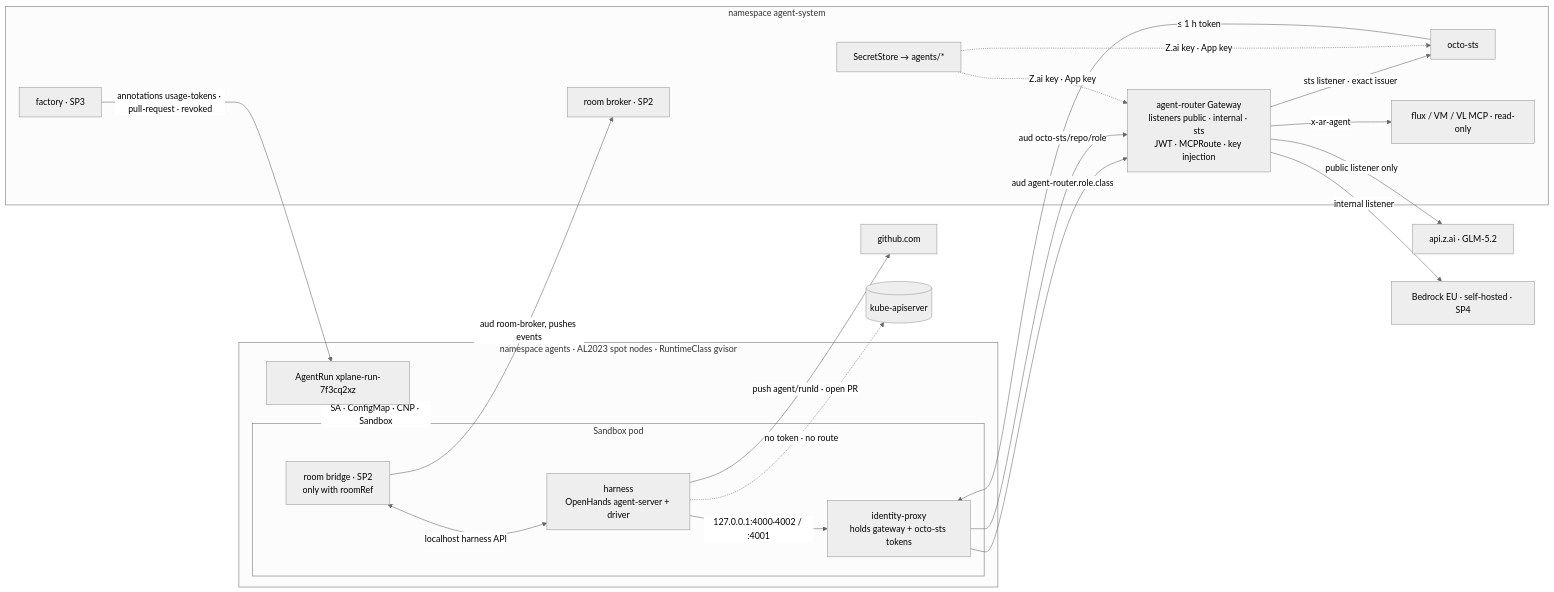
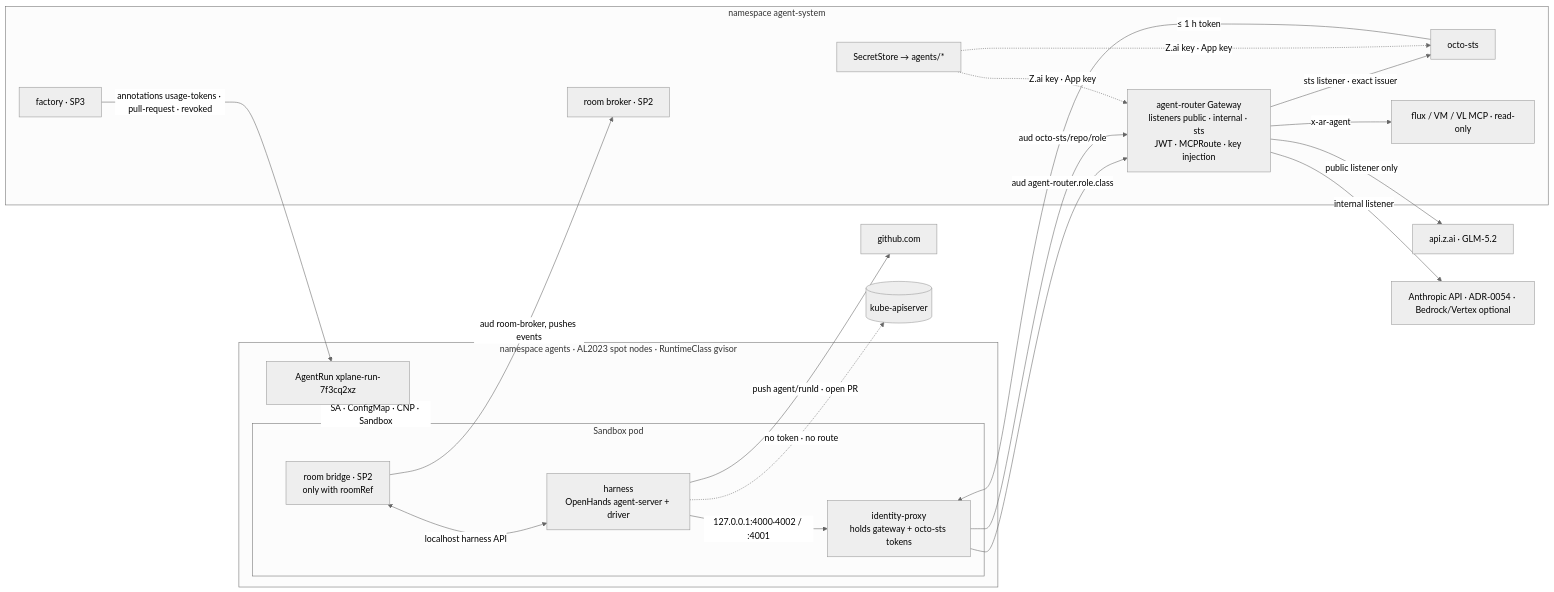
The first of 3 diagrams in docs/superpowers/specs/2026-09-23-agent-runtime-identity-design.md (Smana/cloud-native-ref), drawn with Mermaid (neutral theme) before and after one commit. The commit also changed other lines of this file and 12 other files, not shown here.

````diff
--- a/docs/superpowers/specs/2026-09-23-agent-runtime-identity-design.md
+++ b/docs/superpowers/specs/2026-09-23-agent-runtime-identity-design.md
@@ -71,39 +71,39 @@
 ```mermaid
 flowchart LR
   subgraph AG["namespace agents · AL2023 spot nodes · RuntimeClass gvisor"]
     XR[AgentRun xplane-run-7f3cq2xz]
     subgraph POD["Sandbox pod"]
       H[harness<br/>OpenHands agent-server + driver]
       P[identity-proxy<br/>holds gateway + octo-sts tokens]
       B[room bridge · SP2<br/>only with roomRef]
     end
   end
   subgraph SYS["namespace agent-system"]
     GW[agent-router Gateway<br/>listeners public · internal · sts<br/>JWT · MCPRoute · key injection]
     STS[octo-sts]
     MCP[flux / VM / VL MCP · read-only]
     SS[SecretStore → agents/*]
     BR[room broker · SP2]
     F[factory · SP3]
   end
   ZAI[api.z.ai · GLM-5.2]
-  BED[Bedrock EU · self-hosted · SP4]
+  BED[Anthropic API · ADR-0054 · Bedrock/Vertex optional]
   GH[github.com]
   API[(kube-apiserver)]
 
   XR -->|SA · ConfigMap · CNP · Sandbox| POD
   H -->|127.0.0.1:4000·4002 / :4001| P
   P -->|aud agent-router.role.class| GW
   P -->|aud octo-sts/repo/role| GW
   GW -->|sts listener · exact issuer| STS
   B -->|aud room-broker, pushes events| BR
   B <-->|localhost harness API| H
   GW -->|x-ar-agent| MCP
   GW -->|public listener only| ZAI
   GW -->|internal listener| BED
   STS -->|≤ 1 h token| P
   H -->|push agent/runId · open PR| GH
   SS -.->|Z.ai key · App key| GW & STS
   F -->|annotations usage-tokens · pull-request · revoked| XR
   H -.->|no token · no route| API
 ```
````
